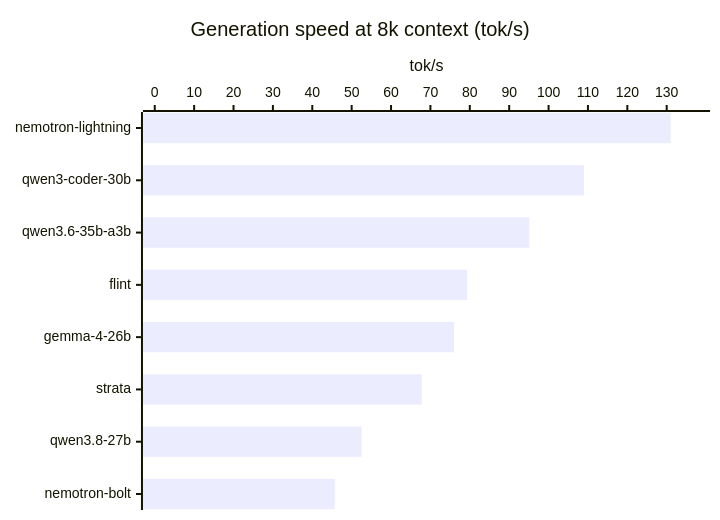
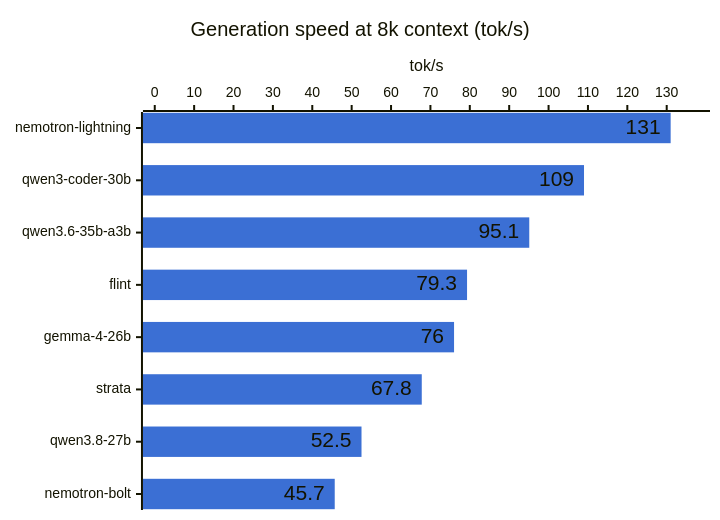
One commit to hofftodd/ai-bench changed the third of 3 diagrams in RESULTS.md. Above: the diagram before and after it, drawn with Mermaid. The commit also changed other lines of this file and 2 other files, not shown here.

Commit message:
RESULTS.md: solid bar color and value labels on Mermaid charts

````diff
--- a/RESULTS.md
+++ b/RESULTS.md
@@ -46,7 +48,8 @@
 ```mermaid
+%%{init: {"xyChart": {"showDataLabel": true}, "themeVariables": {"xyChart": {"plotColorPalette": "#3b6fd4"}}}}%%
 xychart-beta horizontal
     title "Generation speed at 8k context (tok/s)"
     x-axis ["nemotron-lightning", "qwen3-coder-30b", "qwen3.6-35b-a3b", "flint", "gemma-4-26b", "strata", "qwen3.8-27b", "nemotron-bolt"]
     y-axis "tok/s" 0 --> 138
     bar [131.0, 109.0, 95.1, 79.3, 76.0, 67.8, 52.5, 45.7]
 ```
````
